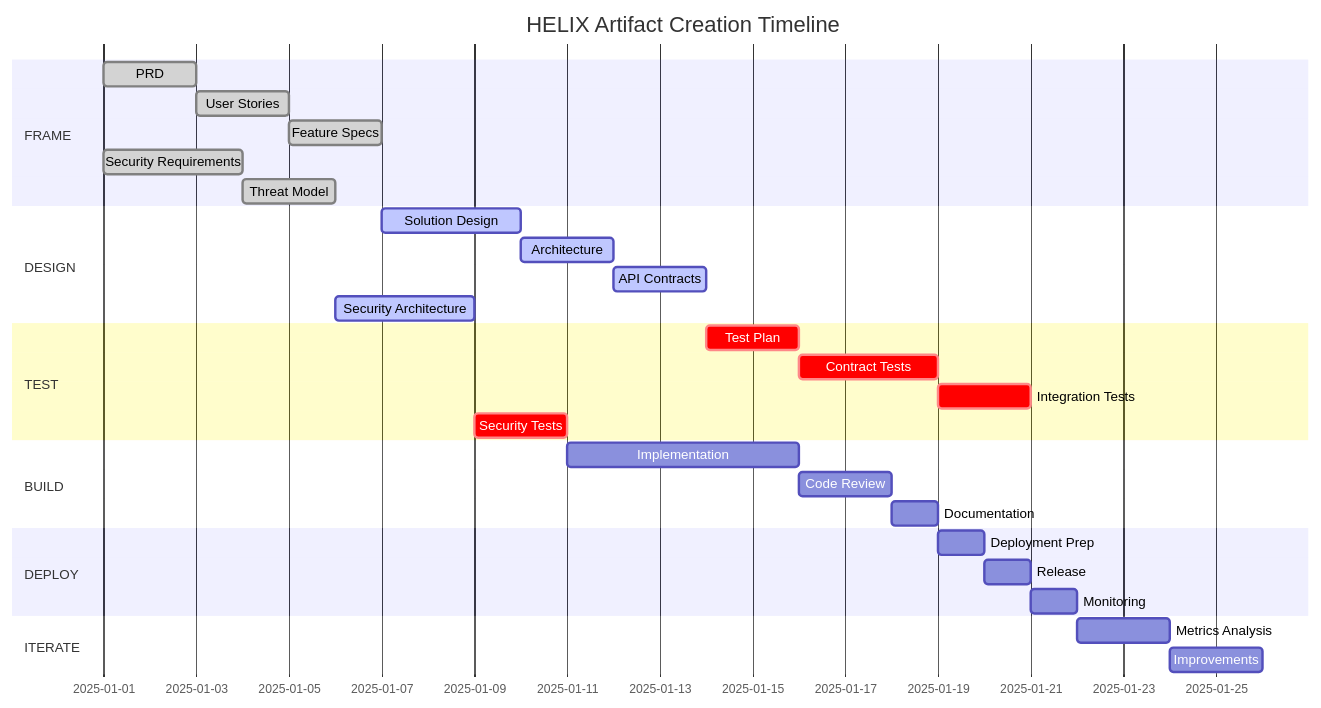
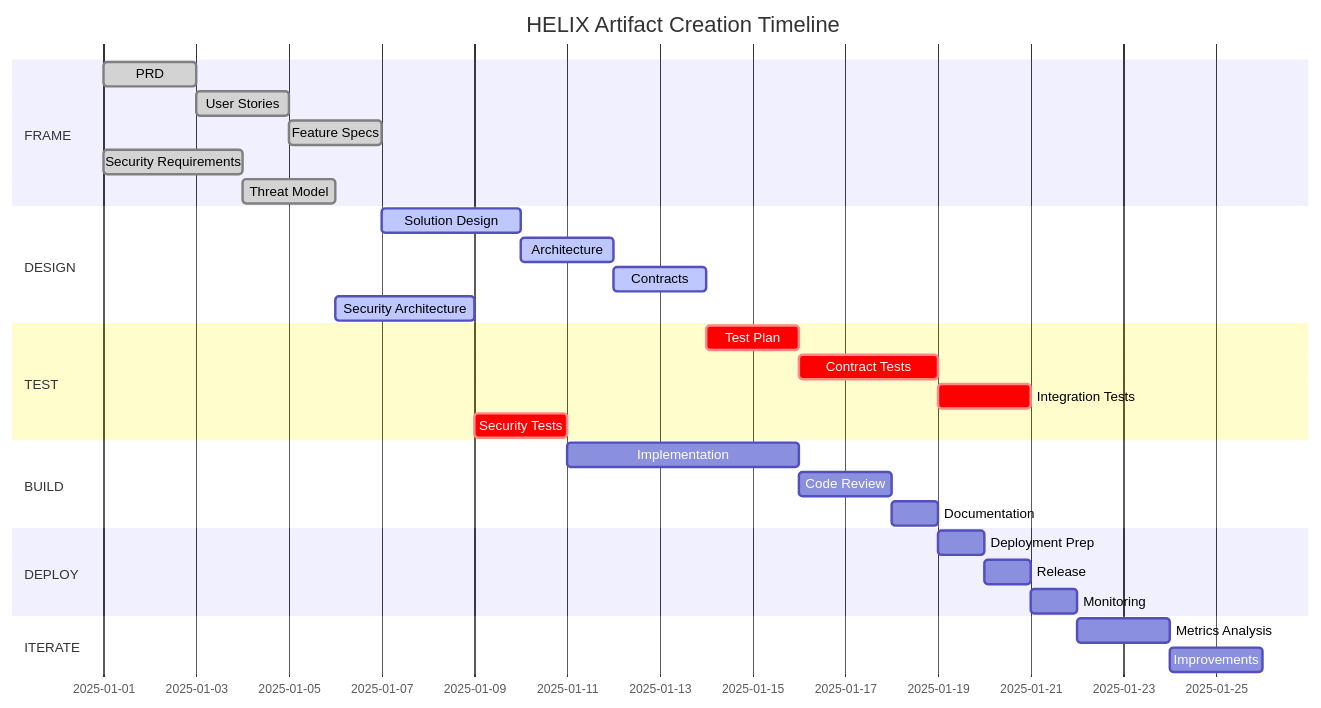
One commit to easel/helix changed the fourth of 6 diagrams in workflows/diagrams/artifact-flow.md. Above: the diagram before and after it, drawn with Mermaid. The commit also changed other lines of this file and 1 other file, not shown here.

First line of the commit message:
workflows(design): expand contract selection rules + non-HTTP suitability [helix-1940a77b]

````diff
--- a/workflows/diagrams/artifact-flow.md
+++ b/workflows/diagrams/artifact-flow.md
@@ -178,37 +178,37 @@
 ```mermaid
 gantt
     title HELIX Artifact Creation Timeline
     dateFormat YYYY-MM-DD
     section FRAME
     PRD                 :done, frame1, 2025-01-01, 2d
     User Stories        :done, frame2, after frame1, 2d
     Feature Specs       :done, frame3, after frame2, 2d
     Security Requirements :done, frame4, 2025-01-01, 3d
     Threat Model        :done, frame5, after frame4, 2d
 
     section DESIGN
     Solution Design     :active, design1, after frame3, 3d
     Architecture        :active, design2, after design1, 2d
-    API Contracts       :active, design3, after design2, 2d
+    Contracts           :active, design3, after design2, 2d
     Security Architecture :active, design4, after frame5, 3d
 
     section TEST
     Test Plan          :crit, test1, after design3, 2d
     Contract Tests     :crit, test2, after test1, 3d
     Integration Tests  :crit, test3, after test2, 2d
     Security Tests     :crit, test4, after design4, 2d
 
     section BUILD
     Implementation     :build1, after test4, 5d
     Code Review        :build2, after build1, 2d
     Documentation      :build3, after build2, 1d
 
     section DEPLOY
     Deployment Prep    :deploy1, after build3, 1d
     Release           :deploy2, after deploy1, 1d
     Monitoring        :deploy3, after deploy2, 1d
 
     section ITERATE
     Metrics Analysis   :iterate1, after deploy3, 2d
     Improvements      :iterate2, after iterate1, 2d
 ```
````
